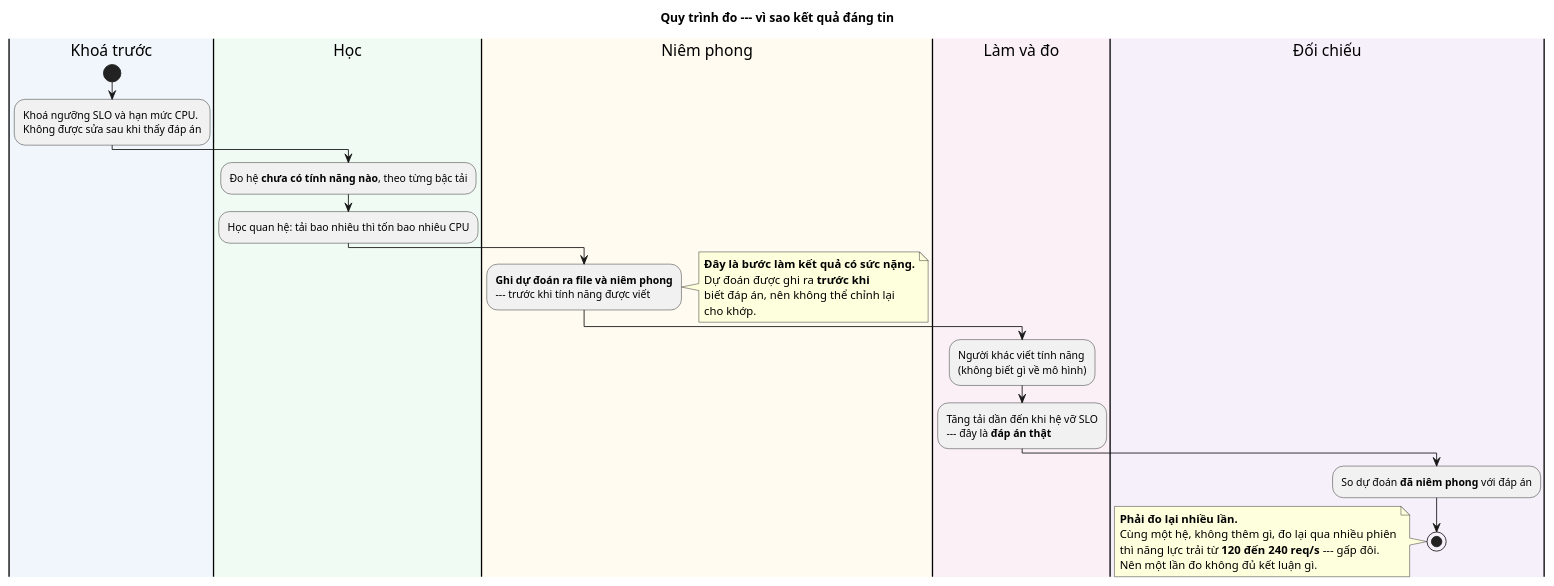
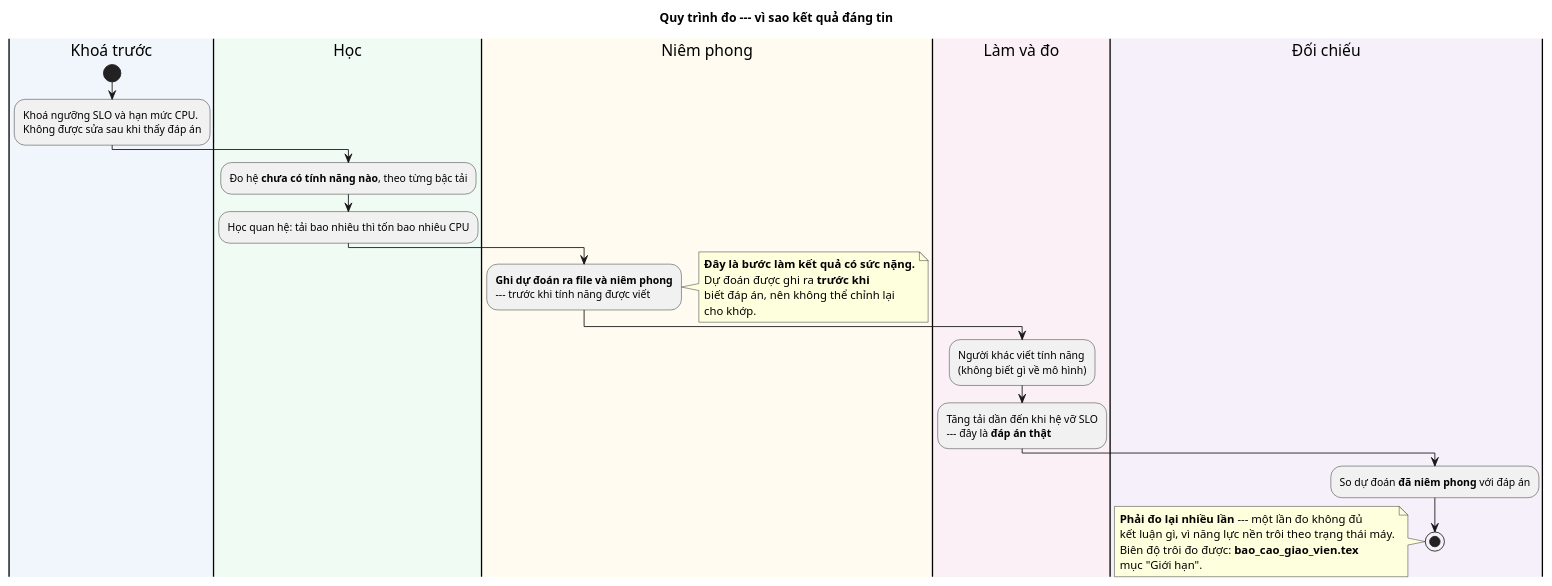
The diagram in papers/p1_du_phong/docs/figures/puml/32_giao_thuc_dong_bang.puml (kkyaha/NCKH), drawn with PlantUML before and after one commit. The commit also changed 25 other files, not shown here.

Commit message:
feat: add chain validation for SCM and update evaluation docs and diagrams

```diff
--- a/papers/p1_du_phong/docs/figures/puml/32_giao_thuc_dong_bang.puml
+++ b/papers/p1_du_phong/docs/figures/puml/32_giao_thuc_dong_bang.puml
@@ -1,34 +1,34 @@
 @startuml
 ' MOTA: Khối 3 — giao thức niêm phong: vì sao kết quả là tiến cứu chứ không phải hồi cứu
 skinparam defaultFontName Helvetica
 skinparam shadowing false
 title Quy trình đo --- vì sao kết quả **đáng tin**
 
 |#F0F6FB|Khoá trước|
 start
 :Khoá ngưỡng SLO và hạn mức CPU.\nKhông được sửa sau khi thấy đáp án;
 |#F0FBF4|Học|
 :Đo hệ **chưa có tính năng nào**, theo từng bậc tải;
 :Học quan hệ: tải bao nhiêu thì tốn bao nhiêu CPU;
 |#FFFBF0|Niêm phong|
 :**Ghi dự đoán ra file và niêm phong**\n--- trước khi tính năng được viết;
 note right
   **Đây là bước làm kết quả có sức nặng.**
   Dự đoán được ghi ra **trước khi**
   biết đáp án, nên không thể chỉnh lại
   cho khớp.
 end note
 |#FBF0F6|Làm và đo|
 :Người khác viết tính năng\n(không biết gì về mô hình);
 :Tăng tải dần đến khi hệ vỡ SLO\n--- đây là **đáp án thật**;
 |#F6F0FB|Đối chiếu|
 :So dự đoán **đã niêm phong** với đáp án;
 stop
 
 note left
-  **Phải đo lại nhiều lần.**
-  Cùng một hệ, không thêm gì, đo lại qua nhiều phiên
-  thì năng lực trải từ **120 đến 240 req/s** --- gấp đôi.
-  Nên một lần đo không đủ kết luận gì.
+  **Phải đo lại nhiều lần** --- một lần đo không đủ
+  kết luận gì, vì năng lực nền trôi theo trạng thái máy.
+  Biên độ trôi đo được: **bao_cao_giao_vien.tex**
+  mục "Giới hạn".
 end note
 @enduml
```
